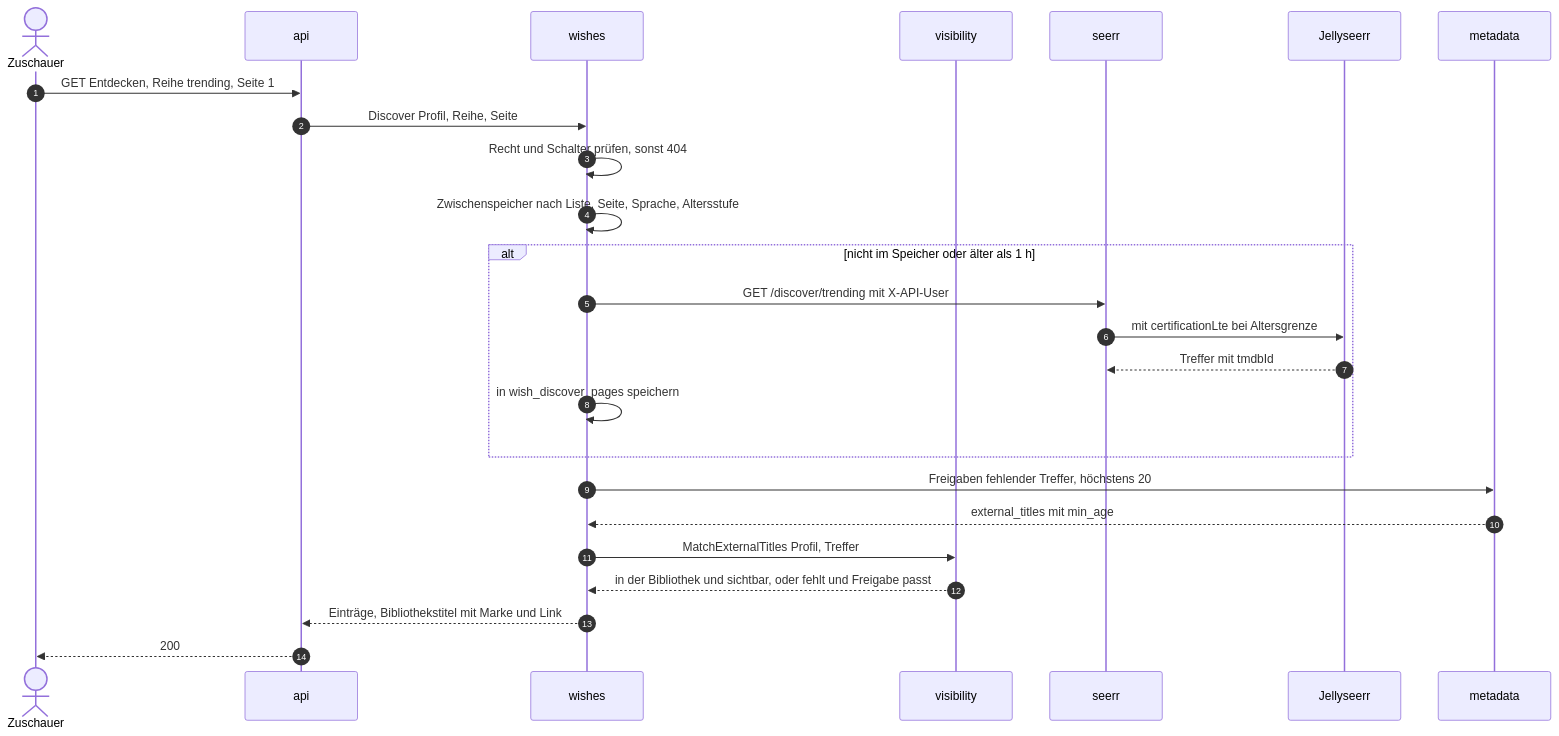
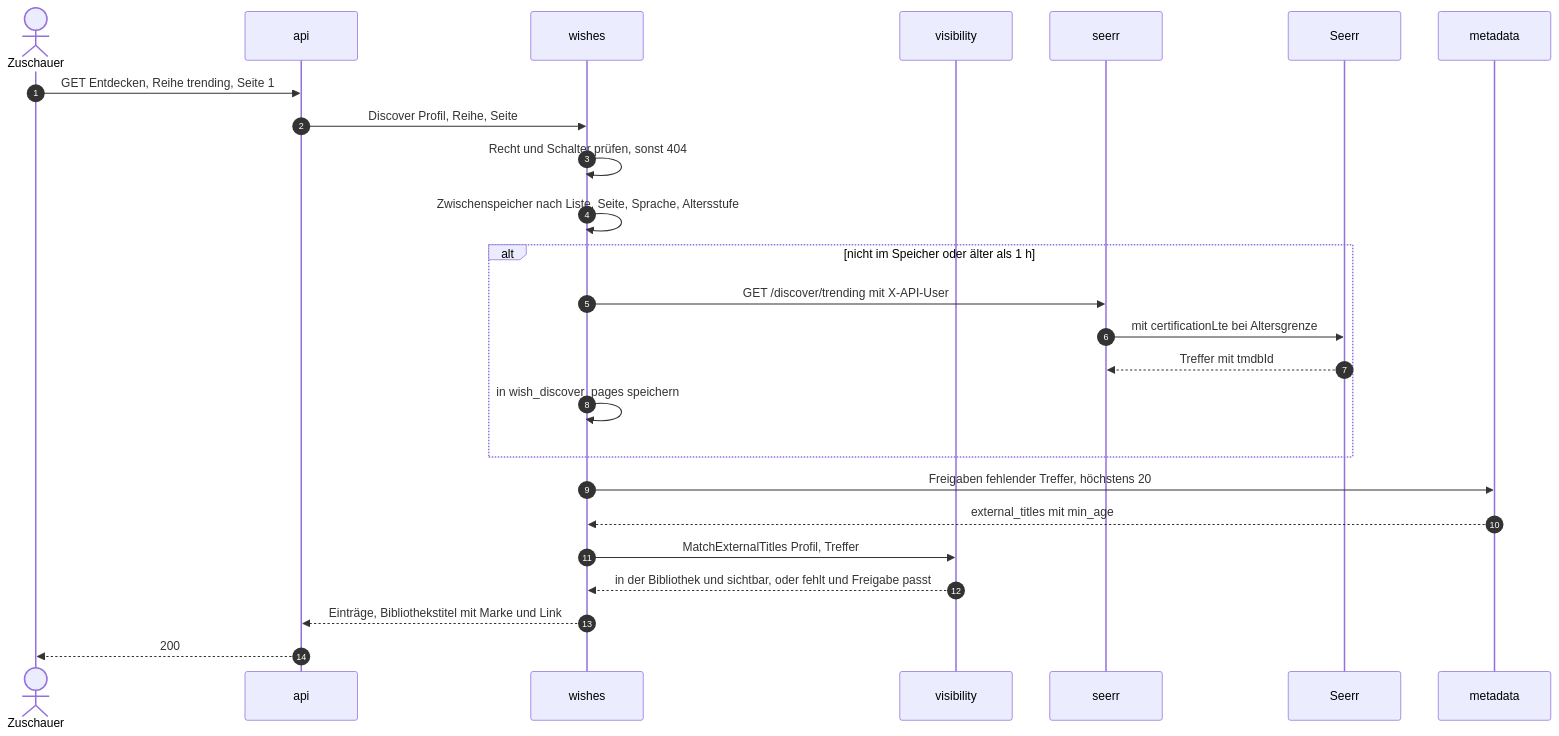
Diagram 11 of 12 in docs/planning/25-medienwuensche/03-architektur.md (SlouchCat/slouchcat), drawn with Mermaid before and after one commit. The commit also changed other lines of this file and 30 other files, not shown here.

````diff
--- a/docs/planning/25-medienwuensche/03-architektur.md
+++ b/docs/planning/25-medienwuensche/03-architektur.md
@@ -1514,28 +1527,28 @@
 ```mermaid
 sequenceDiagram
   autonumber
   actor Z as Zuschauer
   participant A as api
   participant W as wishes
   participant V as visibility
   participant S as seerr
-  participant J as Jellyseerr
+  participant J as Seerr
   participant M as metadata
 
   Z->>A: GET Entdecken, Reihe trending, Seite 1
   A->>W: Discover Profil, Reihe, Seite
   W->>W: Recht und Schalter prüfen, sonst 404
   W->>W: Zwischenspeicher nach Liste, Seite, Sprache, Altersstufe
   alt nicht im Speicher oder älter als 1 h
     W->>S: GET /discover/trending mit X-API-User
     S->>J: mit certificationLte bei Altersgrenze
     J-->>S: Treffer mit tmdbId
     W->>W: in wish_discover_pages speichern
   end
   W->>M: Freigaben fehlender Treffer, höchstens 20
   M-->>W: external_titles mit min_age
   W->>V: MatchExternalTitles Profil, Treffer
   V-->>W: in der Bibliothek und sichtbar, oder fehlt und Freigabe passt
   W-->>A: Einträge, Bibliothekstitel mit Marke und Link
   A-->>Z: 200
 ```
````
